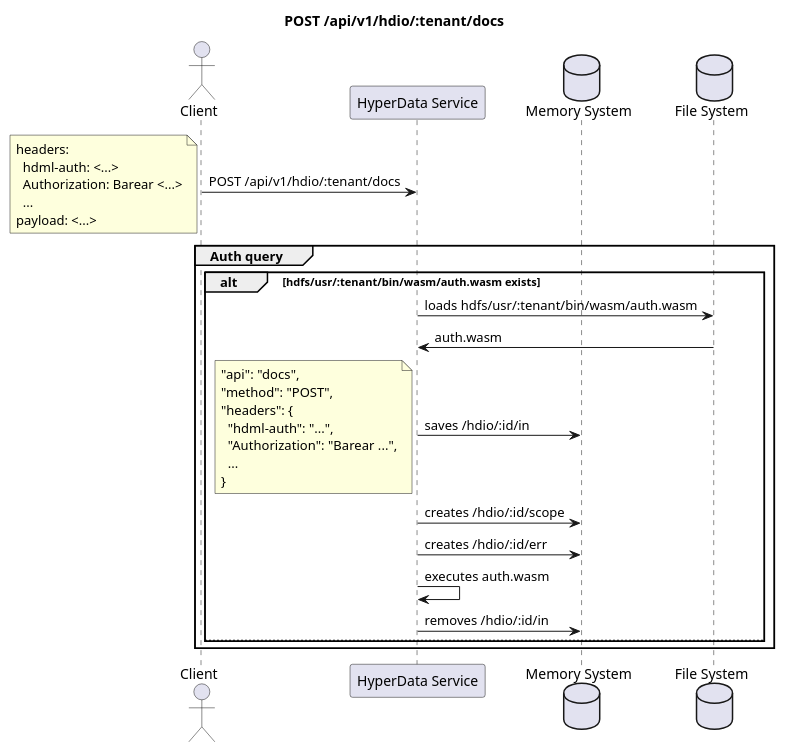
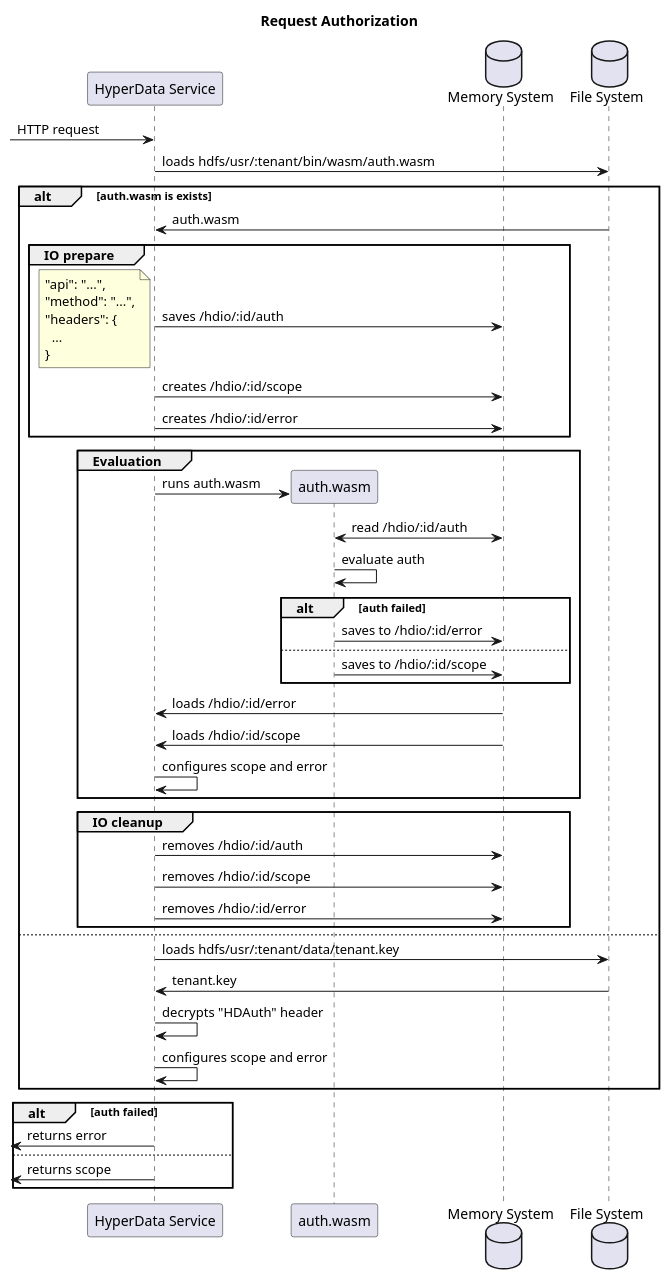
One commit to hdml-github/hdml-github.github.io changed the first of 3 diagrams in puml/hyperdata.puml. Above: the diagram before and after it, drawn with PlantUML. The commit also changed other lines of this file and 5 other files, not shown here.

```diff
--- a/puml/hyperdata.puml
+++ b/puml/hyperdata.puml
@@ -1,44 +1,64 @@
-@startuml post_docs
-  title POST /api/v1/hdio/:tenant/docs
+@startuml req_auth
+  title Request Authorization
 
-  actor "Client" as Client
   participant "HyperData Service" as HyperData_Service
+  participant "auth.wasm" as auth_wasm
   database "Memory System" as Memory_System [[https://askubuntu.com/questions/152868/how-do-i-make-a-ram-disk]]
   database "File System" as File_System [[../general/fs.svg]]
 
 
-  Client -> HyperData_Service: POST /api/v1/hdio/:tenant/docs
-  note bottom
-    headers:
-      hdml-auth: <...>
-      Authorization: Barear <...>
-      ...
-    payload: <...>
-  end note
+  -> HyperData_Service: HTTP request
 
   
-  group Auth query
-    alt hdfs/usr/:tenant/bin/wasm/auth.wasm exists
-      HyperData_Service -> File_System: loads hdfs/usr/:tenant/bin/wasm/auth.wasm
-      HyperData_Service <- File_System: auth.wasm
-      HyperData_Service -> Memory_System: saves /hdio/:id/in
+  HyperData_Service -> File_System: loads hdfs/usr/:tenant/bin/wasm/auth.wasm
+  
+  alt auth.wasm is exists
+    HyperData_Service <- File_System: auth.wasm
+
+    group IO prepare
+      HyperData_Service -> Memory_System: saves /hdio/:id/auth
       note bottom
-        "api": "docs",
-        "method": "POST",
+        "api": "...",
+        "method": "...",
         "headers": {
-          "hdml-auth": "...",
-          "Authorization": "Barear ...",
           ...
         }
       end note
       HyperData_Service -> Memory_System: creates /hdio/:id/scope
-      HyperData_Service -> Memory_System: creates /hdio/:id/err
+      HyperData_Service -> Memory_System: creates /hdio/:id/error
+    end
 
-      HyperData_Service -> HyperData_Service: executes auth.wasm
+    group Evaluation
+      HyperData_Service -> auth_wasm **: runs auth.wasm
+      auth_wasm <-> Memory_System: read /hdio/:id/auth
+      
+      auth_wasm -> auth_wasm: evaluate auth
+      alt auth failed
+        auth_wasm -> Memory_System: saves to /hdio/:id/error
+      else
+        auth_wasm -> Memory_System: saves to /hdio/:id/scope
+      end
 
-      HyperData_Service -> Memory_System: removes /hdio/:id/in
-    else
+      HyperData_Service <- Memory_System: loads /hdio/:id/error
+      HyperData_Service <- Memory_System: loads /hdio/:id/scope
+      HyperData_Service -> HyperData_Service: configures scope and error
+    end
 
+    group IO cleanup
+      HyperData_Service -> Memory_System: removes /hdio/:id/auth
+      HyperData_Service -> Memory_System: removes /hdio/:id/scope
+      HyperData_Service -> Memory_System: removes /hdio/:id/error
     end
+  else
+    HyperData_Service -> File_System: loads hdfs/usr/:tenant/data/tenant.key
+    HyperData_Service <- File_System: tenant.key
+    HyperData_Service -> HyperData_Service: decrypts "HDAuth" header
+    HyperData_Service -> HyperData_Service: configures scope and error
+  end
+
+  alt auth failed
+    <- HyperData_Service: returns error
+  else
+    <- HyperData_Service: returns scope
   end
 @enduml
```
